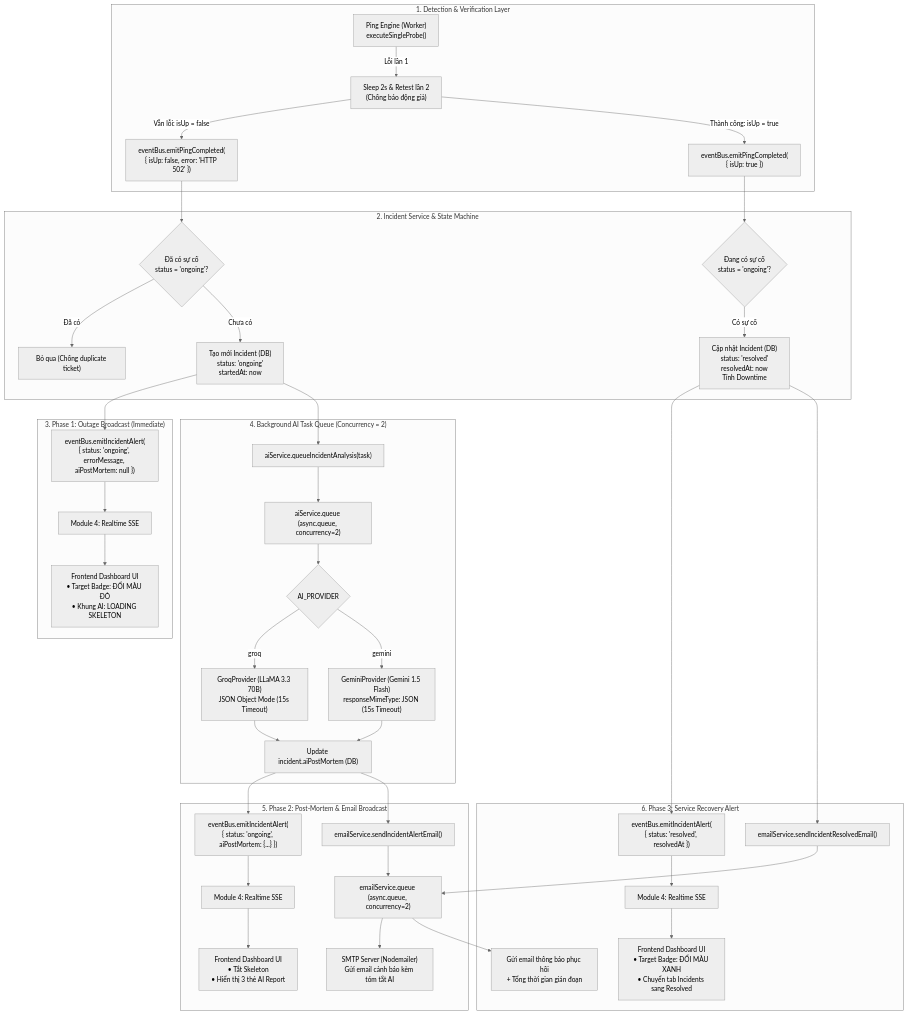
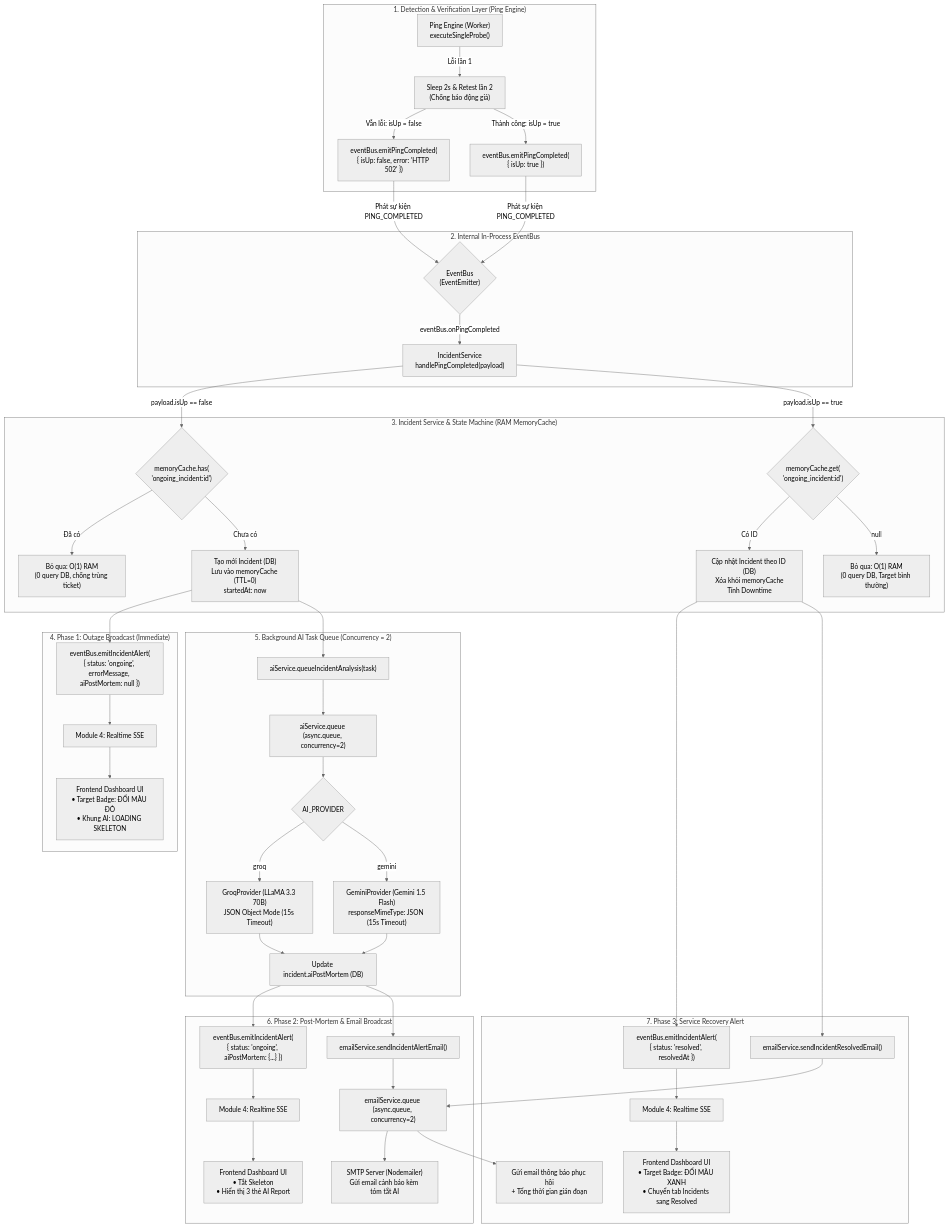
One commit to dorayakiiiiz/devpulse changed the first of 3 diagrams in documents/incident-ai-architecture.md. Above: the diagram before and after it, drawn with Mermaid (neutral theme). The commit also changed other lines of this file and 18 other files, not shown here.

Commit message:
refactor(incidents): optimize outage state tracking using memoryCache with zero-overhead lookups and startup hydration

````diff
--- a/documents/incident-ai-architecture.md
+++ b/documents/incident-ai-architecture.md
@@ -11,51 +11,58 @@
 ```mermaid
 flowchart TD
-    subgraph DetectionLayer ["1. Detection & Verification Layer"]
+    subgraph DetectionLayer ["1. Detection & Verification Layer (Ping Engine)"]
         Ping["Ping Engine (Worker)<br>executeSingleProbe()"] -->|Lỗi lần 1| FastRetest["Sleep 2s & Retest lần 2<br>(Chống báo động giả)"]
         FastRetest -->|Vẫn lỗi: isUp = false| EmitPingFail["eventBus.emitPingCompleted(<br>{ isUp: false, error: 'HTTP 502' })"]
         FastRetest -->|Thành công: isUp = true| EmitPingUp["eventBus.emitPingCompleted(<br>{ isUp: true })"]
     end
 
-    subgraph IncidentCore ["2. Incident Service & State Machine"]
-        EmitPingFail --> CheckOngoing{"Đã có sự cố<br>status = 'ongoing'?"}
-        CheckOngoing -- "Đã có" --> SkipCreate["Bỏ qua (Chống duplicate ticket)"]
-        CheckOngoing -- "Chưa có" --> CreateInc["Tạo mới Incident (DB)<br>status: 'ongoing'<br>startedAt: now"]
-
-        EmitPingUp --> CheckRecover{"Đang có sự cố<br>status = 'ongoing'?"}
-        CheckRecover -- "Có sự cố" --> ResolveInc["Cập nhật Incident (DB)<br>status: 'resolved'<br>resolvedAt: now<br>Tính Downtime"]
+    subgraph EventBusLayer ["2. Internal In-Process EventBus"]
+        EmitPingFail -->|Phát sự kiện PING_COMPLETED| BusHub{"EventBus<br>(EventEmitter)"}
+        EmitPingUp -->|Phát sự kiện PING_COMPLETED| BusHub
+        BusHub -->|eventBus.onPingCompleted| OnPingListener["IncidentService<br>handlePingCompleted(payload)"]
     end
 
-    subgraph Phase1Alert ["3. Phase 1: Outage Broadcast (Immediate)"]
+    subgraph IncidentCore ["3. Incident Service & State Machine (RAM MemoryCache)"]
+        OnPingListener -->|payload.isUp == false| CheckOngoing{"memoryCache.has(<br>'ongoing_incident:id')"}
+        CheckOngoing -- "Đã có" --> SkipCreate["Bỏ qua: O(1) RAM<br>(0 query DB, chống trùng ticket)"]
+        CheckOngoing -- "Chưa có" --> CreateInc["Tạo mới Incident (DB)<br>Lưu vào memoryCache (TTL=0)<br>startedAt: now"]
+
+        OnPingListener -->|payload.isUp == true| CheckRecover{"memoryCache.get(<br>'ongoing_incident:id')"}
+        CheckRecover -- "Có ID" --> ResolveInc["Cập nhật Incident theo ID (DB)<br>Xóa khỏi memoryCache<br>Tính Downtime"]
+        CheckRecover -- "null" --> SkipRecover["Bỏ qua: O(1) RAM<br>(0 query DB, Target bình thường)"]
+    end
+
+    subgraph Phase1Alert ["4. Phase 1: Outage Broadcast (Immediate)"]
         CreateInc --> EmitAlert1["eventBus.emitIncidentAlert(<br>{ status: 'ongoing', errorMessage, aiPostMortem: null })"]
         EmitAlert1 --> SSE1["Module 4: Realtime SSE"]
         SSE1 --> FE1["Frontend Dashboard UI<br>• Target Badge: ĐỔI MÀU ĐỎ<br>• Khung AI: LOADING SKELETON"]
     end
 
-    subgraph AIWorkerLayer ["4. Background AI Task Queue (Concurrency = 2)"]
+    subgraph AIWorkerLayer ["5. Background AI Task Queue (Concurrency = 2)"]
         CreateInc --> PushAI["aiService.queueIncidentAnalysis(task)"]
         PushAI --> AIQueue["aiService.queue (async.queue, concurrency=2)"]
         AIQueue --> ProviderSelect{"AI_PROVIDER"}
         ProviderSelect -- "groq" --> Groq["GroqProvider (LLaMA 3.3 70B)<br>JSON Object Mode (15s Timeout)"]
         ProviderSelect -- "gemini" --> Gemini["GeminiProvider (Gemini 1.5 Flash)<br>responseMimeType: JSON (15s Timeout)"]
         Groq --> SaveAI["Update incident.aiPostMortem (DB)"]
         Gemini --> SaveAI
     end
 
-    subgraph Phase2Alert ["5. Phase 2: Post-Mortem & Email Broadcast"]
+    subgraph Phase2Alert ["6. Phase 2: Post-Mortem & Email Broadcast"]
         SaveAI --> EmitAlert2["eventBus.emitIncidentAlert(<br>{ status: 'ongoing', aiPostMortem: {...} })"]
         EmitAlert2 --> SSE2["Module 4: Realtime SSE"]
         SSE2 --> FE2["Frontend Dashboard UI<br>• Tắt Skeleton<br>• Hiển thị 3 thẻ AI Report"]
         SaveAI --> PushEmail["emailService.sendIncidentAlertEmail()"]
         PushEmail --> EmailQueue["emailService.queue (async.queue, concurrency=2)"]
         EmailQueue --> SMTP["SMTP Server (Nodemailer)<br>Gửi email cảnh báo kèm tóm tắt AI"]
     end
 
-    subgraph RecoveryAlert ["6. Phase 3: Service Recovery Alert"]
+    subgraph RecoveryAlert ["7. Phase 3: Service Recovery Alert"]
         ResolveInc --> EmitRecover["eventBus.emitIncidentAlert(<br>{ status: 'resolved', resolvedAt })"]
         EmitRecover --> SSERecover["Module 4: Realtime SSE"]
         SSERecover --> FERecover["Frontend Dashboard UI<br>• Target Badge: ĐỔI MÀU XANH<br>• Chuyển tab Incidents sang Resolved"]
         ResolveInc --> PushRecoverEmail["emailService.sendIncidentResolvedEmail()"]
         PushRecoverEmail --> EmailQueue
         EmailQueue --> SMTPRecover["Gửi email thông báo phục hồi<br>+ Tổng thời gian gián đoạn"]
     end
 ```
````
